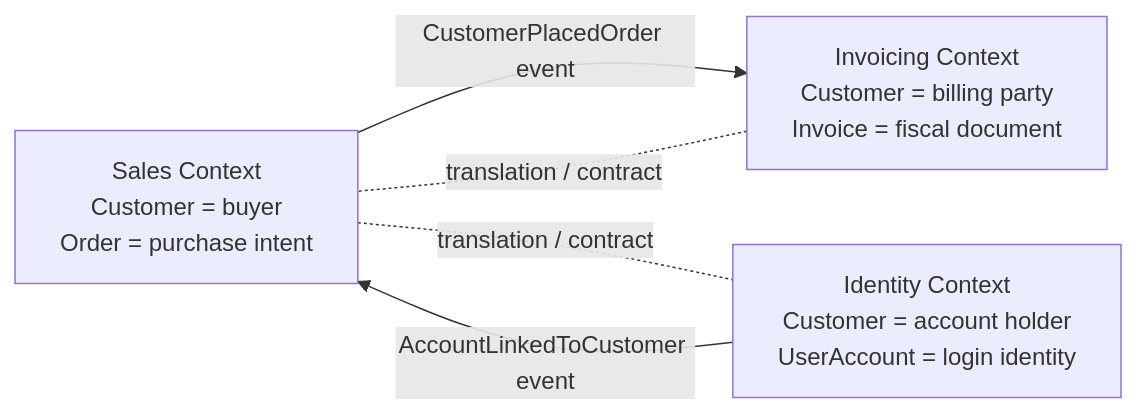
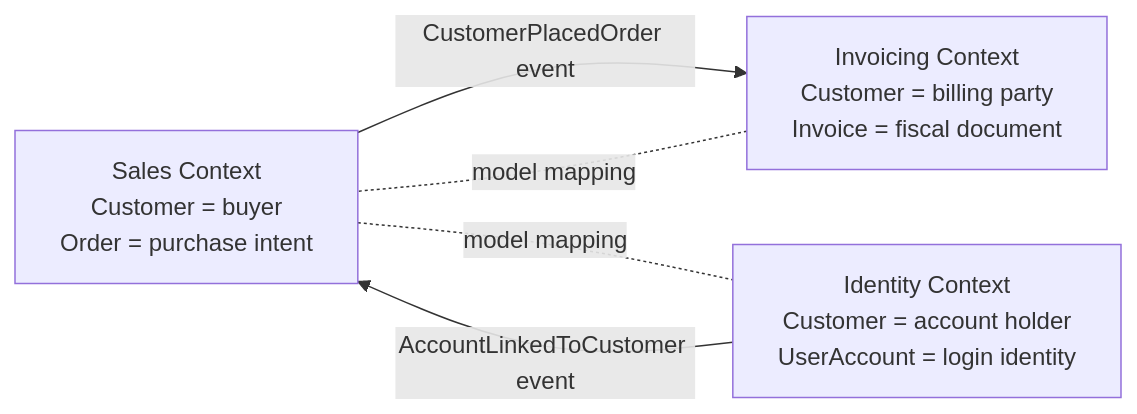
The first of 3 diagrams in discovery/domain-driven-design.md (flowsydev/flowsy-devguide), drawn with Mermaid before and after one commit. The commit also changed other lines of this file and 6 other files, not shown here.

````diff
--- a/discovery/domain-driven-design.md
+++ b/discovery/domain-driven-design.md
@@ -54,11 +54,11 @@
 ```mermaid
 flowchart LR
     Sales[Sales Context<br/>Customer = buyer<br/>Order = purchase intent]
     Identity[Identity Context<br/>Customer = account holder<br/>UserAccount = login identity]
     Invoicing[Invoicing Context<br/>Customer = billing party<br/>Invoice = fiscal document]
 
     Sales -- CustomerPlacedOrder event --> Invoicing
     Identity -- AccountLinkedToCustomer event --> Sales
-    Sales -. translation / contract .- Identity
-    Invoicing -. translation / contract .- Sales
+    Sales -. model mapping .- Identity
+    Invoicing -. model mapping .- Sales
 ```
````
